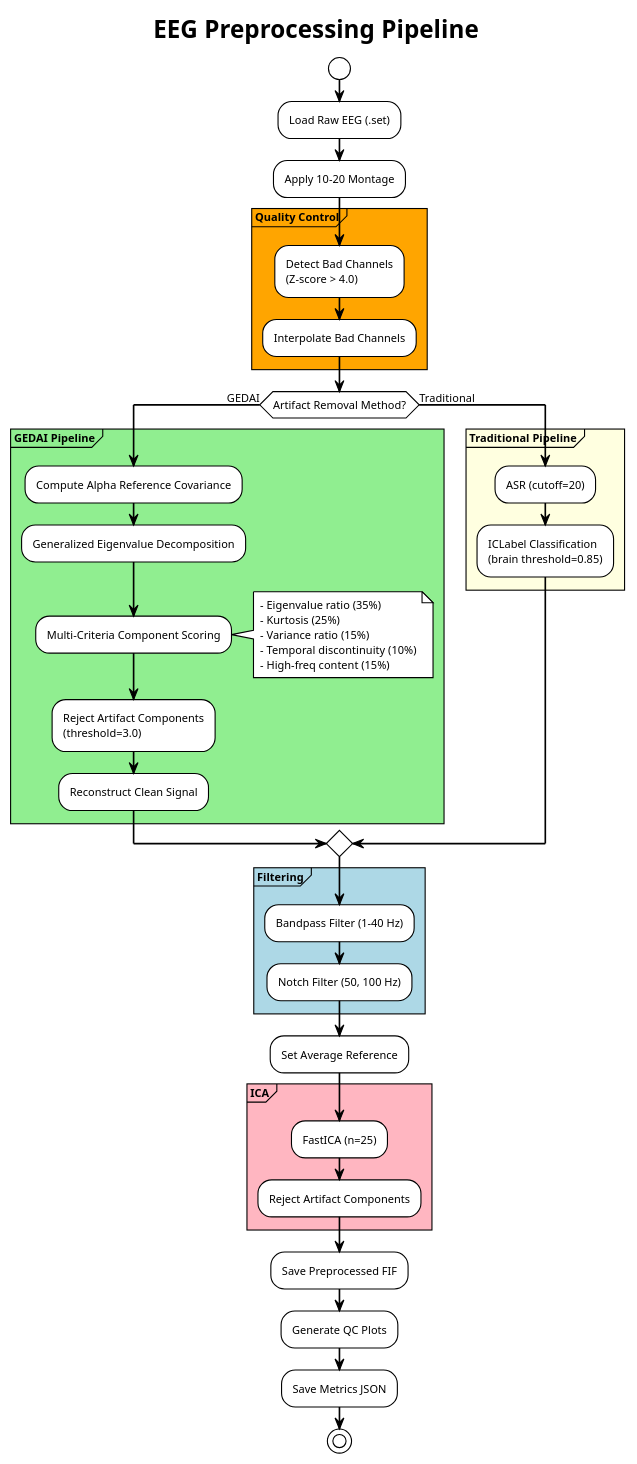
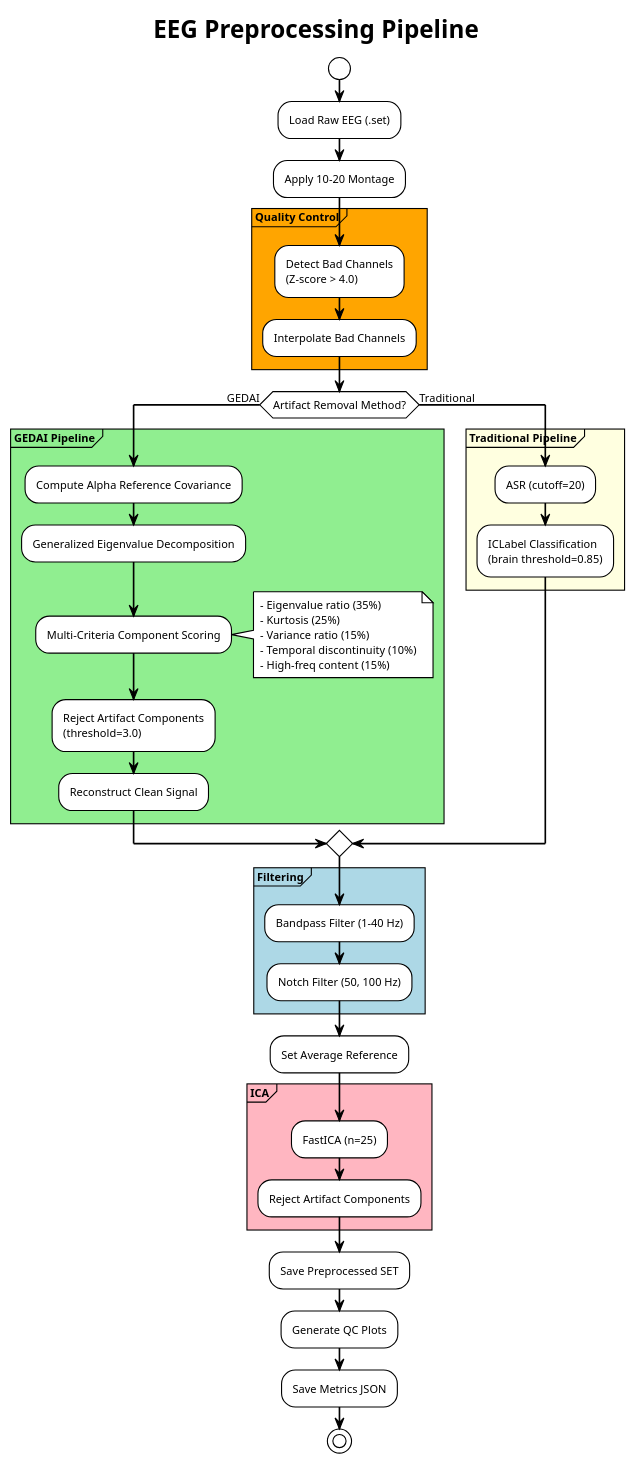
One commit to ghani097/NeuroStat-for-RCTs changed the diagram in reports/preprocessing_diagram.puml. Above: the diagram before and after it, drawn with PlantUML. The commit also changed 54 other files, not shown here.

```diff
--- a/reports/preprocessing_diagram.puml
+++ b/reports/preprocessing_diagram.puml
@@ -1,60 +1,60 @@
 @startuml Preprocessing_Pipeline
 !theme plain
 skinparam backgroundColor white
 skinparam shadowing false
 skinparam defaultFontSize 10
 skinparam ArrowThickness 1.5
 
 title EEG Preprocessing Pipeline
 
 start
 
 :Load Raw EEG (.set);
 :Apply 10-20 Montage;
 
 partition "**Quality Control**" #Orange {
   :Detect Bad Channels\n(Z-score > 4.0);
   :Interpolate Bad Channels;
 }
 
 if (Artifact Removal Method?) then (GEDAI)
   partition "**GEDAI Pipeline**" #LightGreen {
     :Compute Alpha Reference Covariance;
     :Generalized Eigenvalue Decomposition;
     :Multi-Criteria Component Scoring;
     note right
       - Eigenvalue ratio (35%)
       - Kurtosis (25%)
       - Variance ratio (15%)
       - Temporal discontinuity (10%)
       - High-freq content (15%)
     end note
     :Reject Artifact Components\n(threshold=3.0);
     :Reconstruct Clean Signal;
   }
 else (Traditional)
   partition "**Traditional Pipeline**" #LightYellow {
     :ASR (cutoff=20);
     :ICLabel Classification\n(brain threshold=0.85);
   }
 endif
 
 partition "**Filtering**" #LightBlue {
   :Bandpass Filter (1-40 Hz);
   :Notch Filter (50, 100 Hz);
 }
 
 :Set Average Reference;
 
 partition "**ICA**" #LightPink {
   :FastICA (n=25);
   :Reject Artifact Components;
 }
 
-:Save Preprocessed FIF;
+:Save Preprocessed SET;
 :Generate QC Plots;
 :Save Metrics JSON;
 
 stop
 
 @enduml
```
